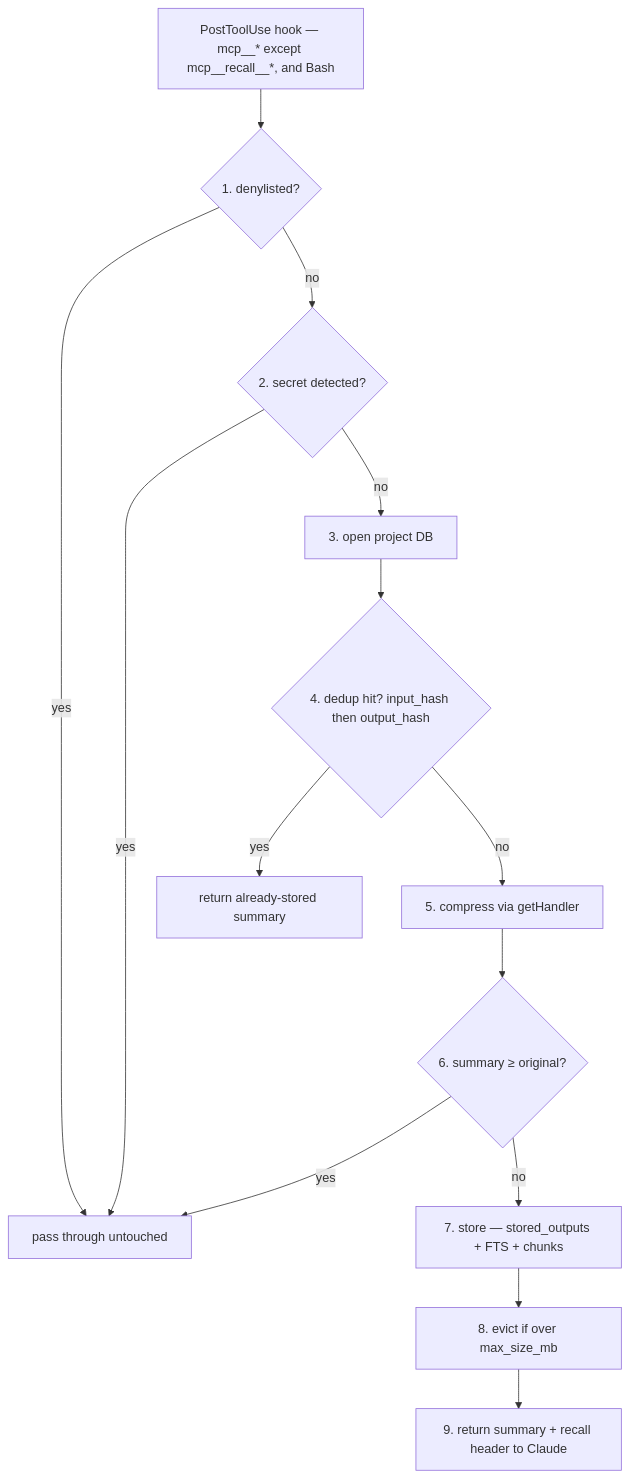
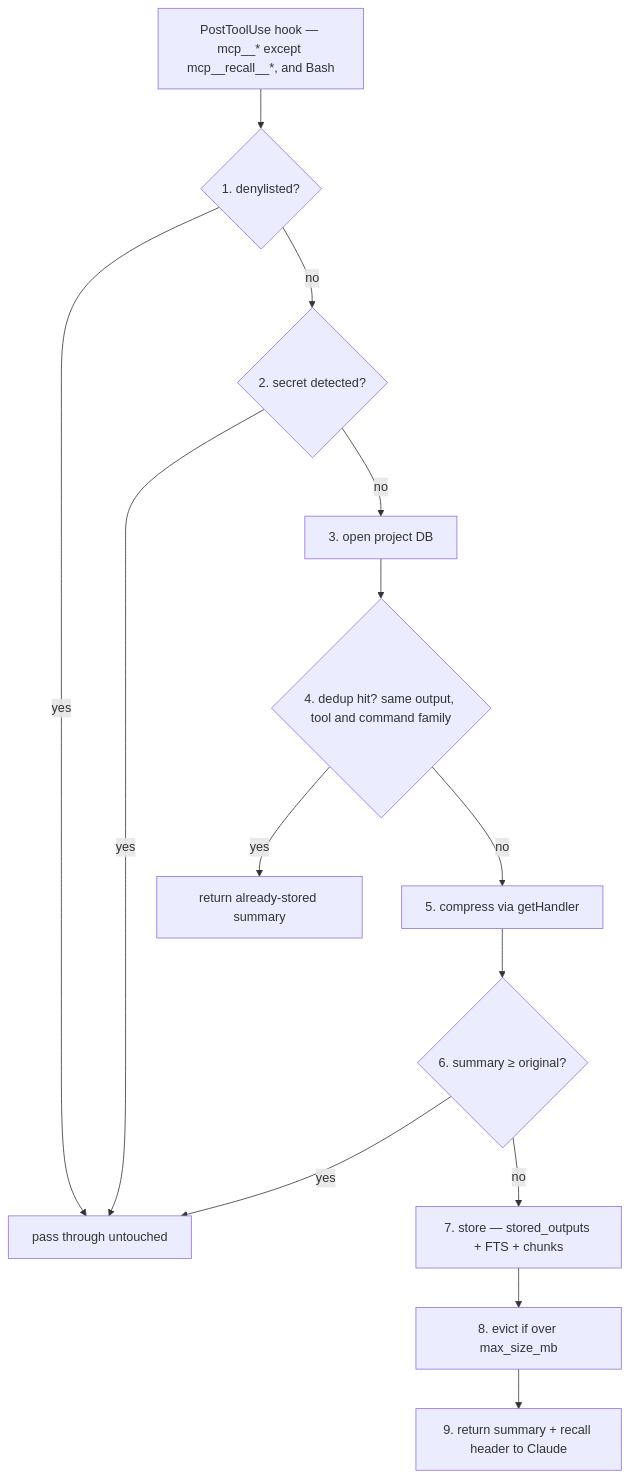
The diagram in docs/architecture.md (sakebomb/mcp-recall), drawn with Mermaid before and after one commit. The commit also changed other lines of this file and 3 other files, not shown here.

Commit message:
docs: describe dedup as same output, tool and command family (#324)

````diff
--- a/docs/architecture.md
+++ b/docs/architecture.md
@@ -51,16 +51,16 @@
 ```mermaid
 flowchart TD
     H["PostToolUse hook — mcp__* except mcp__recall__*, and Bash"] --> S1
     S1{"1. denylisted?"} -->|yes| PASS["pass through untouched"]
     S1 -->|no| S2{"2. secret detected?"}
     S2 -->|yes| PASS
     S2 -->|no| S3["3. open project DB"]
-    S3 --> S4{"4. dedup hit? input_hash then output_hash"}
+    S3 --> S4{"4. dedup hit? same output, tool and command family"}
     S4 -->|yes| CACHE["return already-stored summary"]
     S4 -->|no| S5["5. compress via getHandler"]
     S5 --> S6{"6. summary ≥ original?"}
     S6 -->|yes| PASS
     S6 -->|no| S7["7. store — stored_outputs + FTS + chunks"]
     S7 --> S8["8. evict if over max_size_mb"]
     S8 --> S9["9. return summary + recall header to Claude"]
 ```
````
